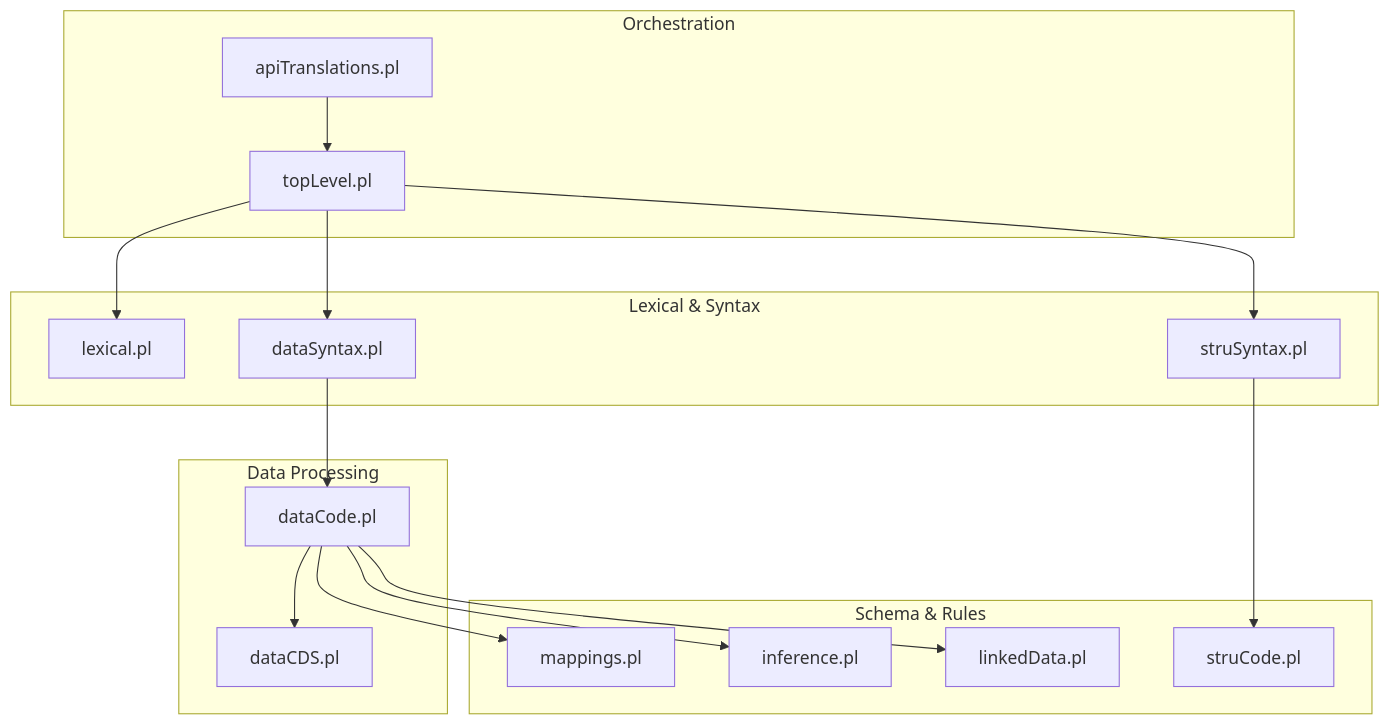
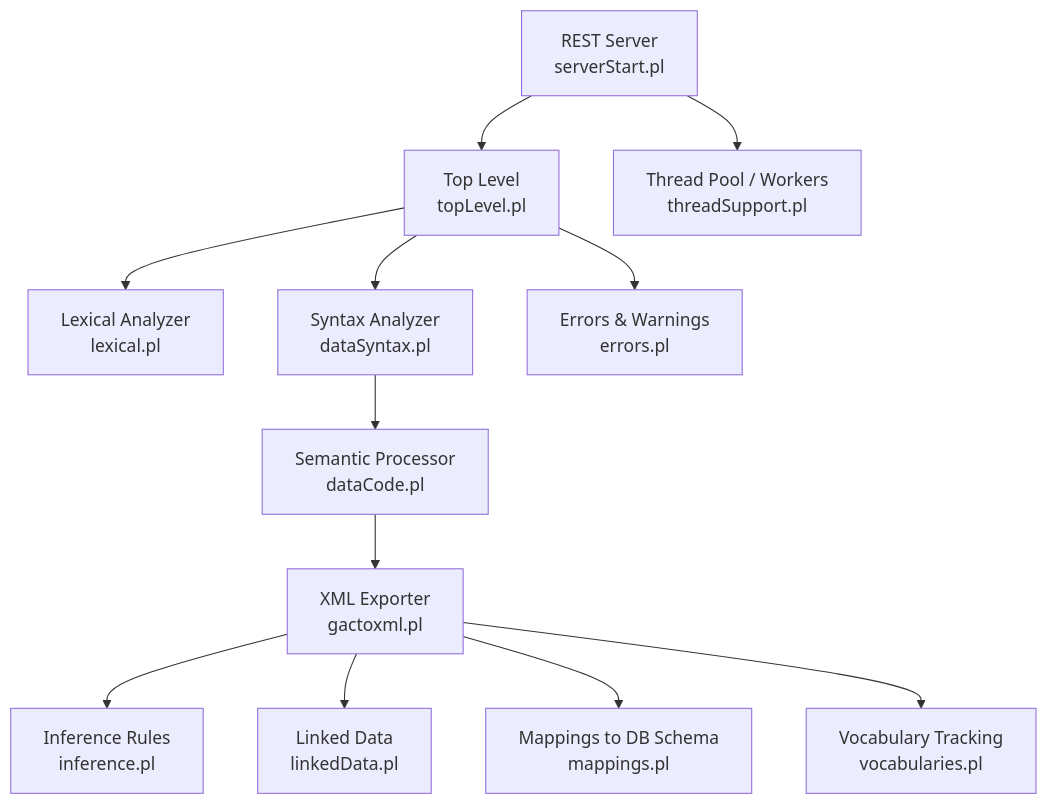
The first of 3 diagrams in .qoder/repowiki/en/content/Translation Engine/Translation Engine.md (time-link/timelink-kleio), drawn with Mermaid before and after one commit. The commit also changed other lines of this file and 225 other files, not shown here.

````diff
--- a/.qoder/repowiki/en/content/Translation Engine/Translation Engine.md
+++ b/.qoder/repowiki/en/content/Translation Engine/Translation Engine.md
@@ -54,32 +50,14 @@
 ```mermaid
 graph TB
-subgraph "Orchestration"
-TL["topLevel.pl"]
-API["apiTranslations.pl"]
-end
-subgraph "Lexical & Syntax"
-LX["lexical.pl"]
-DS["dataSyntax.pl"]
-SS["struSyntax.pl"]
-end
-subgraph "Data Processing"
-DC["dataCode.pl"]
-CDS["dataCDS.pl"]
-end
-subgraph "Schema & Rules"
-SC["struCode.pl"]
-MP["mappings.pl"]
-IF["inference.pl"]
-LD["linkedData.pl"]
-end
-API --> TL
-TL --> LX
-TL --> DS
-TL --> SS
-DS --> DC
-SS --> SC
-DC --> CDS
-DC --> MP
-DC --> IF
-DC --> LD
+A["REST Server<br/>serverStart.pl"] --> B["Top Level<br/>topLevel.pl"]
+B --> C["Lexical Analyzer<br/>lexical.pl"]
+B --> D["Syntax Analyzer<br/>dataSyntax.pl"]
+D --> E["Semantic Processor<br/>dataCode.pl"]
+E --> F["XML Exporter<br/>gactoxml.pl"]
+F --> G["Inference Rules<br/>inference.pl"]
+F --> H["Linked Data<br/>linkedData.pl"]
+F --> I["Mappings to DB Schema<br/>mappings.pl"]
+B --> J["Errors & Warnings<br/>errors.pl"]
+A --> K["Thread Pool / Workers<br/>threadSupport.pl"]
+F --> L["Vocabulary Tracking<br/>vocabularies.pl"]
 ```
````
